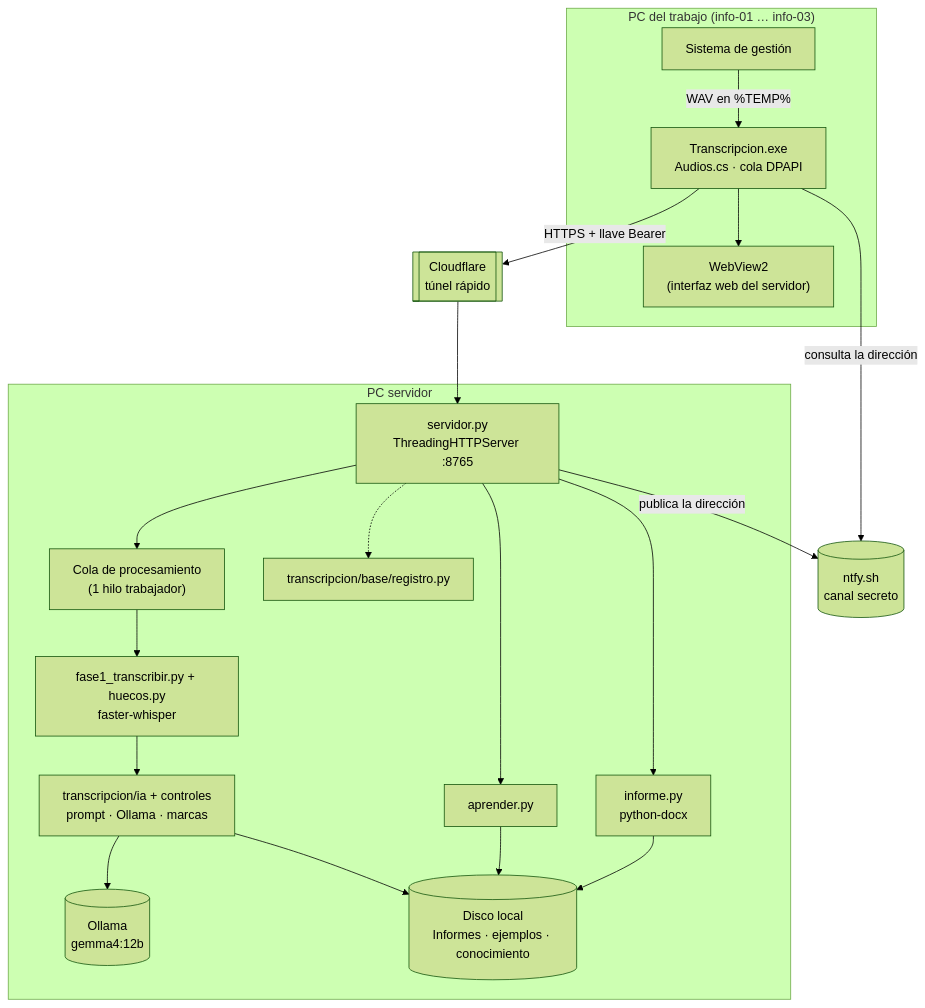
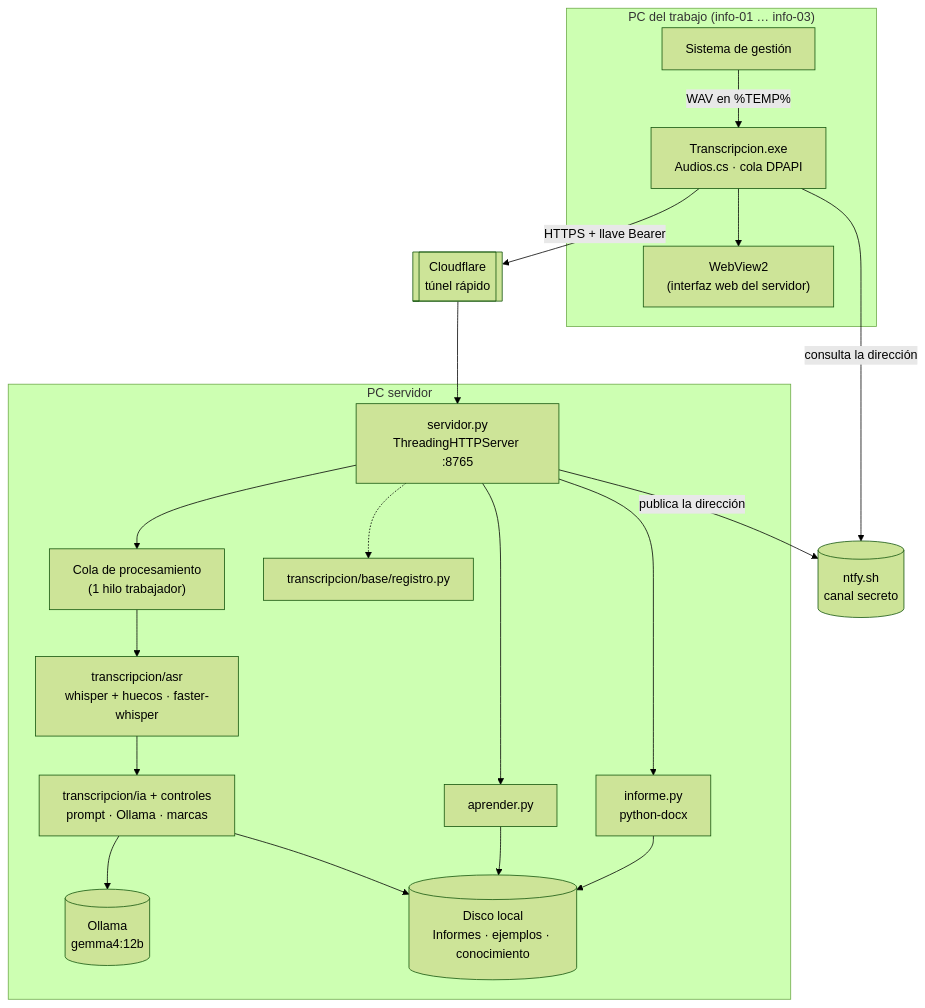
The first of 2 diagrams in docs/arquitectura.md (RodriEs11/Sistema-de-transcripcion-por-IA), drawn with Mermaid (forest theme) before and after one commit. The commit also changed other lines of this file and 9 other files, not shown here.

````diff
--- a/docs/arquitectura.md
+++ b/docs/arquitectura.md
@@ -13,31 +13,31 @@
 ```mermaid
 flowchart TB
     subgraph PC_Trabajo["PC del trabajo (info-01 … info-03)"]
         GES["Sistema de gestión"] -- "WAV en %TEMP%" --> CLI["Transcripcion.exe<br/>Audios.cs · cola DPAPI"]
         CLI --> WV["WebView2<br/>(interfaz web del servidor)"]
     end
 
     NTFY[("ntfy.sh<br/>canal secreto")]
     CF[["Cloudflare<br/>túnel rápido"]]
 
     subgraph Servidor["PC servidor"]
         HTTP["servidor.py<br/>ThreadingHTTPServer :8765"]
         COLA["Cola de procesamiento<br/>(1 hilo trabajador)"]
-        WH["fase1_transcribir.py + huecos.py<br/>faster-whisper"]
+        WH["transcripcion/asr<br/>whisper + huecos · faster-whisper"]
         NU["transcripcion/ia + controles<br/>prompt · Ollama · marcas"]
         OL[("Ollama<br/>gemma4:12b")]
         INF["informe.py<br/>python-docx"]
         APR["aprender.py"]
         REG["transcripcion/base/registro.py"]
         FS[("Disco local<br/>Informes · ejemplos · conocimiento")]
         HTTP --> COLA --> WH --> NU --> OL
         HTTP --> INF --> FS
         HTTP --> APR --> FS
         NU --> FS
         HTTP -.-> REG
     end
 
     CLI -- "HTTPS + llave Bearer" --> CF --> HTTP
     HTTP -- "publica la dirección" --> NTFY
     CLI -- "consulta la dirección" --> NTFY
 ```
````
